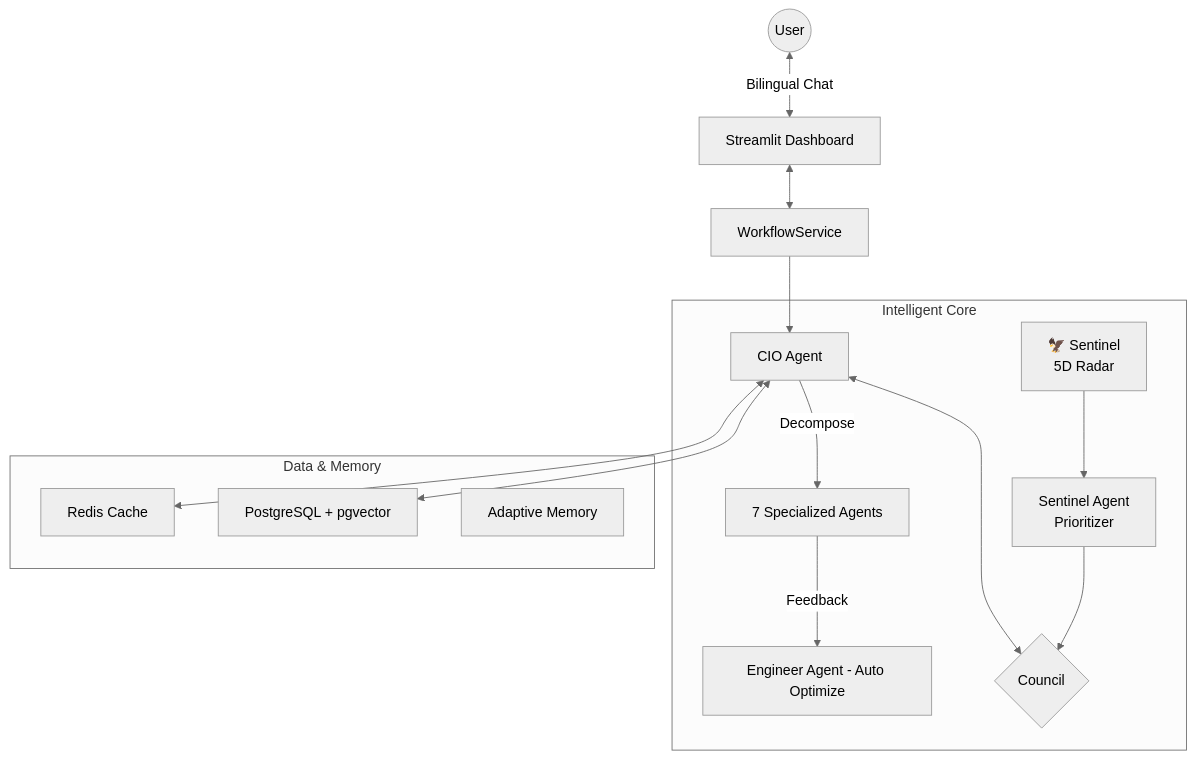
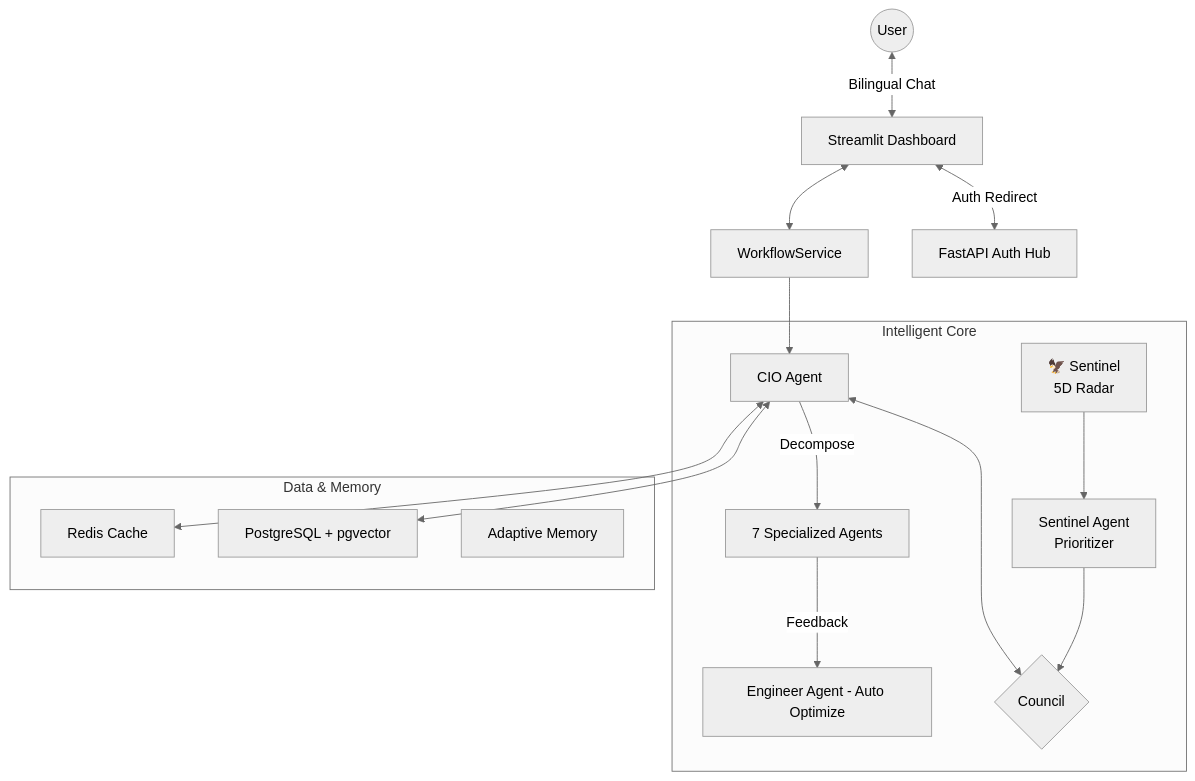
Before and after one commit to neohsiung/AI-Investment-Advisor: the second of 3 diagrams in README.md, drawn with Mermaid (neutral theme). The commit also changed other lines of this file, not shown here.

First line of the commit message:
docs: update README with v5.7.0 FastAPI Auth Hub architecture 更新 README 新增 v5.7.0 FastAPI Auth Hub 架構

````diff
--- a/README.md
+++ b/README.md
@@ -107,23 +109,24 @@
 ```mermaid
 graph TD
     User((User)) <-->|Bilingual Chat| DASH["Streamlit Dashboard"]
+    DASH <-->|Auth Redirect| HUB["FastAPI Auth Hub"]
     DASH <--> WF["WorkflowService"]
     
     subgraph "Intelligent Core"
         CIO["CIO Agent"] <--> COUNCIL{Council}
         CIO -->|Decompose| SUB["7 Specialized Agents"]
         SUB -->|Feedback| ENG["Engineer Agent - Auto Optimize"]
         S["🦅 Sentinel<br/>5D Radar"] --> SA["Sentinel Agent<br/>Prioritizer"]
         SA --> COUNCIL
     end
 
     subgraph "Data & Memory"
         PG["PostgreSQL + pgvector"]
         RD["Redis Cache"]
         MEM["Adaptive Memory"]
     end
 
     WF --> CIO
     CIO <--> PG
     CIO <--> RD
 ```
````
